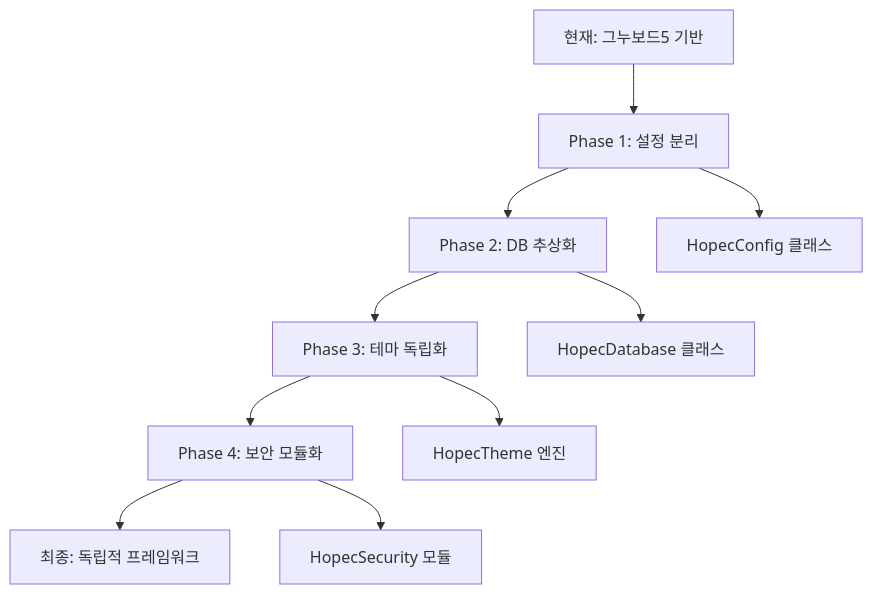
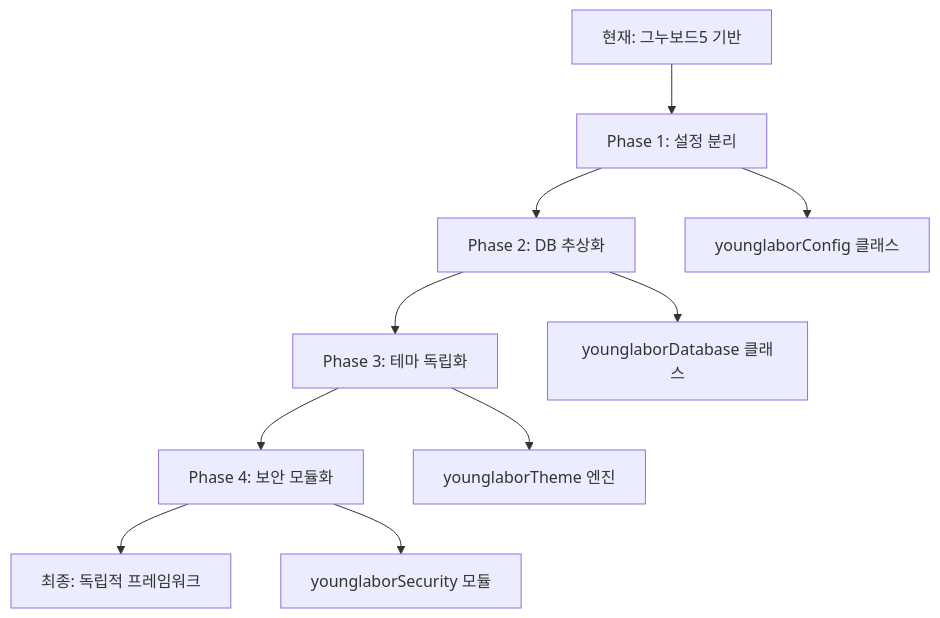
Before and after one commit to DrunkenZealnut/younglabor: the diagram in docs/archive/GNUBOARD_DEPENDENCY_ANALYSIS.md, drawn with Mermaid. The commit also changed other lines of this file and 177 other files, not shown here.

````diff
--- a/docs/archive/GNUBOARD_DEPENDENCY_ANALYSIS.md
+++ b/docs/archive/GNUBOARD_DEPENDENCY_ANALYSIS.md
@@ -372,13 +372,13 @@
 ```mermaid
 graph TD
     A[현재: 그누보드5 기반] --> B[Phase 1: 설정 분리]
     B --> C[Phase 2: DB 추상화]
     C --> D[Phase 3: 테마 독립화] 
     D --> E[Phase 4: 보안 모듈화]
     E --> F[최종: 독립적 프레임워크]
     
-    B --> B1[HopecConfig 클래스]
-    C --> C1[HopecDatabase 클래스]
-    D --> D1[HopecTheme 엔진]
-    E --> E1[HopecSecurity 모듈]
+    B --> B1[younglaborConfig 클래스]
+    C --> C1[younglaborDatabase 클래스]
+    D --> D1[younglaborTheme 엔진]
+    E --> E1[younglaborSecurity 모듈]
 ```
````
